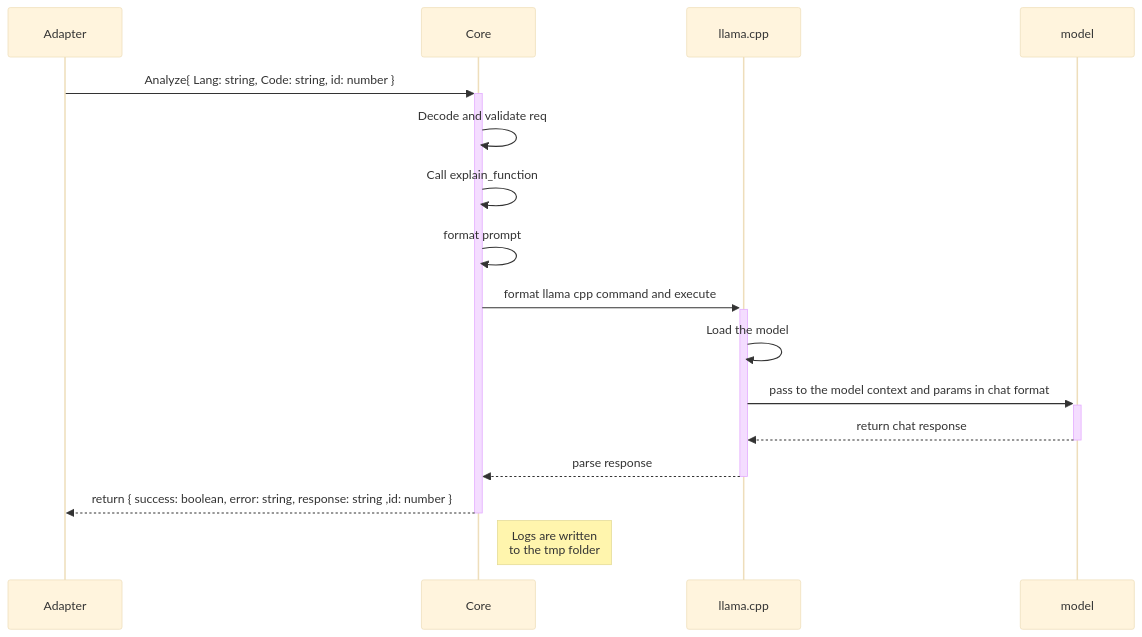
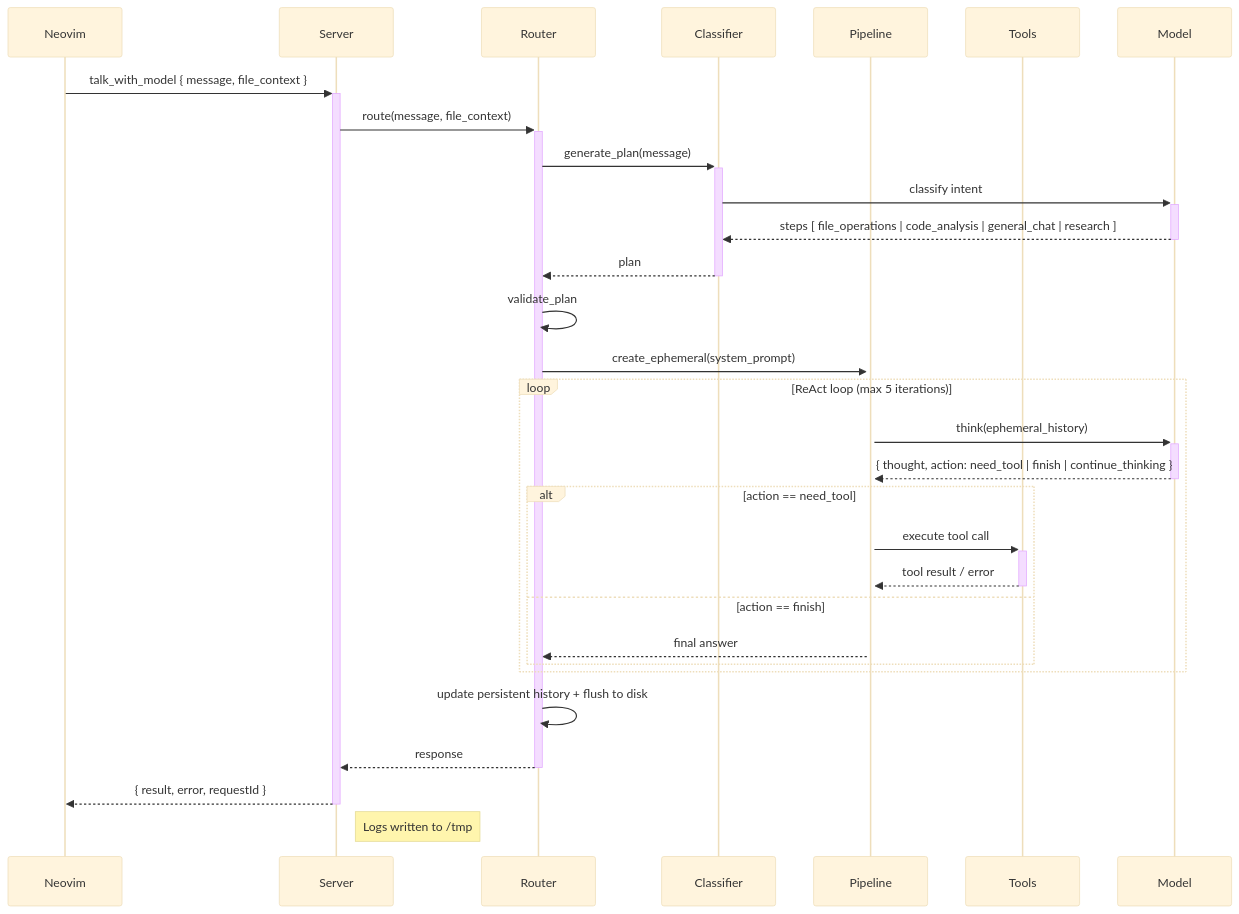
One commit to AgustinAllamanoCosta/Pulpero changed the second of 2 diagrams in README.md. Above: the diagram before and after it, drawn with Mermaid (base theme). The commit also changed other lines of this file and 168 other files, not shown here.

````diff
--- a/README.md
+++ b/README.md
@@ -355,18 +343,33 @@
 ```mermaid
    sequenceDiagram
-      participant Adapter
-      participant Core
-      participant llama.cpp
-      participant model
-      Adapter->>+Core: Analyze{ Lang: string, Code: string, id: number }
-      Core->>Core: Decode and validate req
-      Core->>Core: Call explain_function
-      Core->>Core: format prompt
-      Core->>+llama.cpp: format llama cpp command and execute
-      llama.cpp->>llama.cpp: Load the model
-      llama.cpp->>+model: pass to the model context and params in chat format
-      model-->>-llama.cpp: return chat response
-      llama.cpp-->>-Core: parse response
-      Core-->>-Adapter: return { success: boolean, error: string, response: string ,id: number }
-      Note right of Core: Logs are written <br/> to the tmp folder
+      participant Neovim
+      participant Server
+      participant Router
+      participant Classifier
+      participant Pipeline
+      participant Tools
+      participant Model
+
+      Neovim->>+Server: talk_with_model { message, file_context }
+      Server->>+Router: route(message, file_context)
+      Router->>+Classifier: generate_plan(message)
+      Classifier->>+Model: classify intent
+      Model-->>-Classifier: steps [ file_operations | code_analysis | general_chat | research ]
+      Classifier-->>-Router: plan
+      Router->>Router: validate_plan
+      Router->>+Pipeline: create_ephemeral(system_prompt)
+      loop ReAct loop (max 5 iterations)
+          Pipeline->>+Model: think(ephemeral_history)
+          Model-->>-Pipeline: { thought, action: need_tool | finish | continue_thinking }
+          alt action == need_tool
+              Pipeline->>+Tools: execute tool call
+              Tools-->>-Pipeline: tool result / error
+          else action == finish
+              Pipeline-->>Router: final answer
+          end
+      end
+      Router->>Router: update persistent history + flush to disk
+      Router-->>-Server: response
+      Server-->>-Neovim: { result, error, requestId }
+      Note right of Server: Logs written to /tmp
 ```
````
